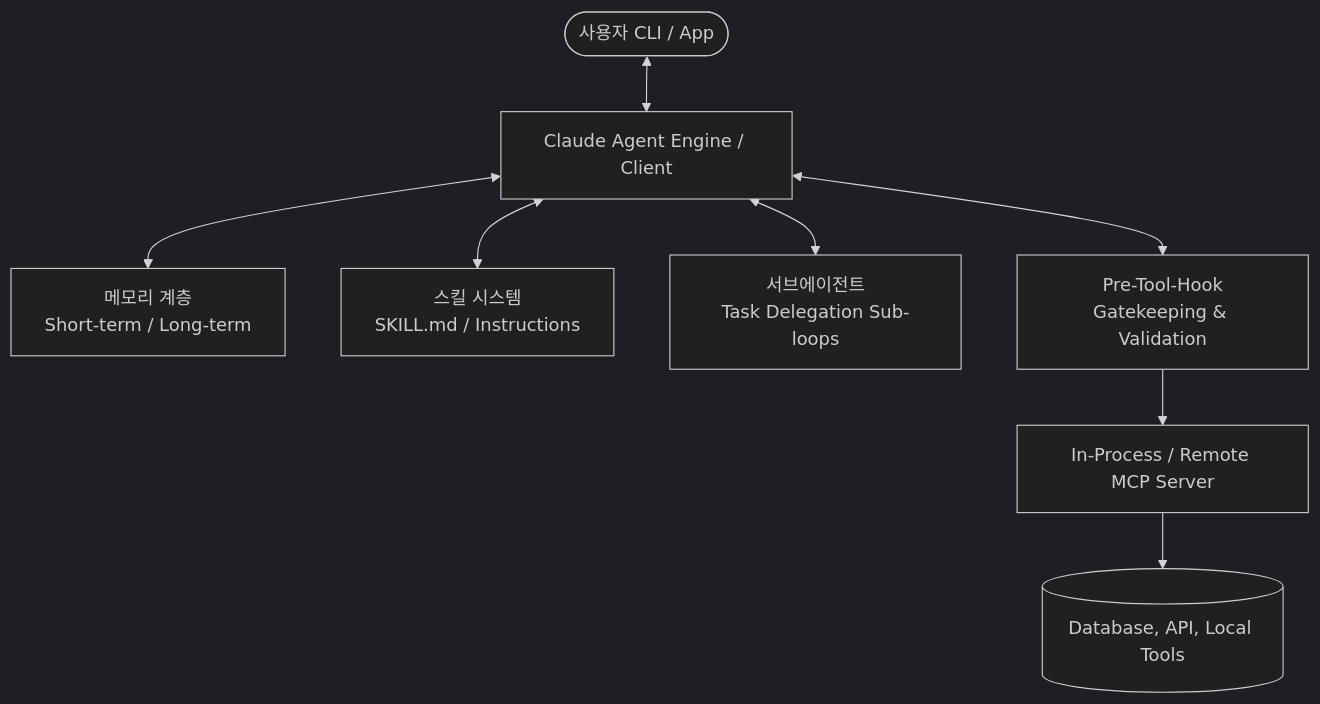
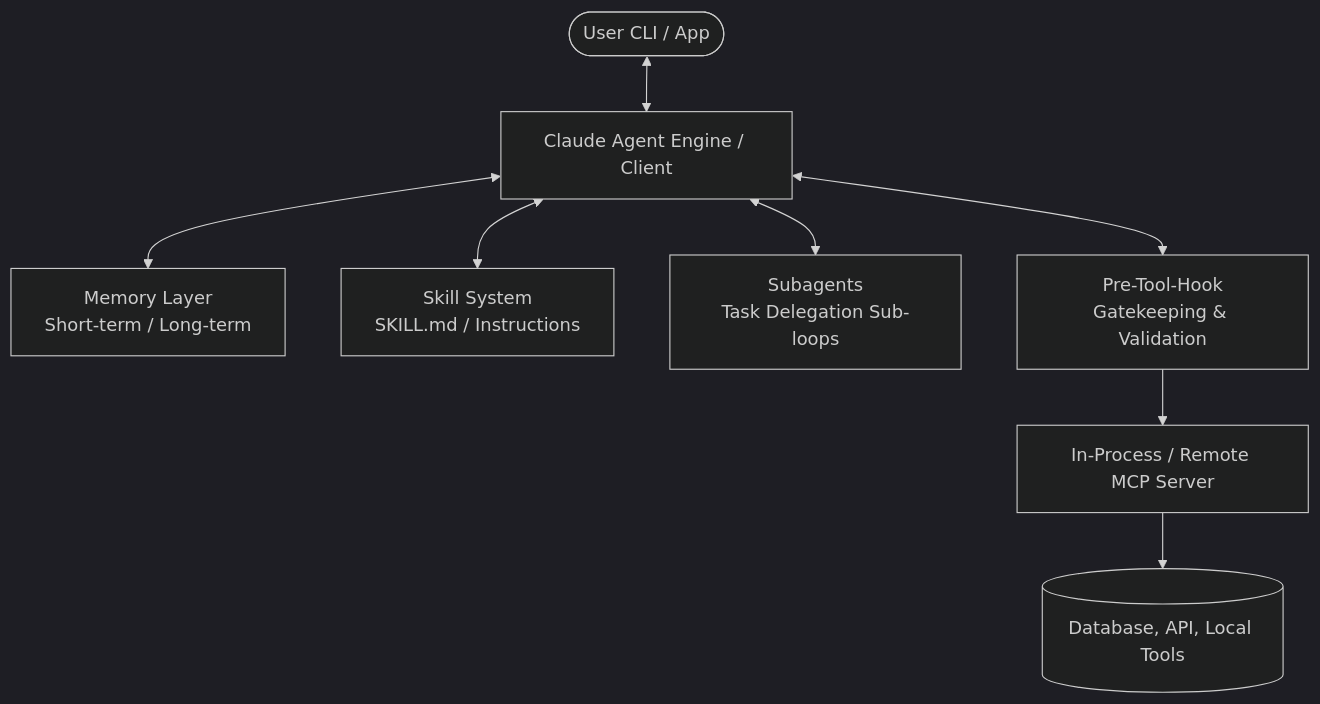
The first of 2 diagrams in CLAUDE_AGENT_SDK_DETAILS.md (neep305/my-personal-calendar-agent), drawn with Mermaid (dark theme) before and after one commit. The commit also changed other lines of this file and 4 other files, not shown here.

````diff
--- a/CLAUDE_AGENT_SDK_DETAILS.md
+++ b/CLAUDE_AGENT_SDK_DETAILS.md
@@ -28,10 +28,10 @@
 ```mermaid
 graph TD
-    User([사용자 CLI / App]) <--> Orchestrator[Claude Agent Engine / Client]
-    Orchestrator <--> Memory[메모리 계층<br/>Short-term / Long-term]
-    Orchestrator <--> Skill[스킬 시스템<br/>SKILL.md / Instructions]
-    Orchestrator <--> Subagents[서브에이전트<br/>Task Delegation Sub-loops]
+    User([User CLI / App]) <--> Orchestrator[Claude Agent Engine / Client]
+    Orchestrator <--> Memory[Memory Layer<br/>Short-term / Long-term]
+    Orchestrator <--> Skill[Skill System<br/>SKILL.md / Instructions]
+    Orchestrator <--> Subagents[Subagents<br/>Task Delegation Sub-loops]
     Orchestrator <--> Hook[Pre-Tool-Hook<br/>Gatekeeping & Validation]
     Hook --> MCP[In-Process / Remote MCP Server]
     MCP --> Tools[(Database, API, Local Tools)]
 ```
````
